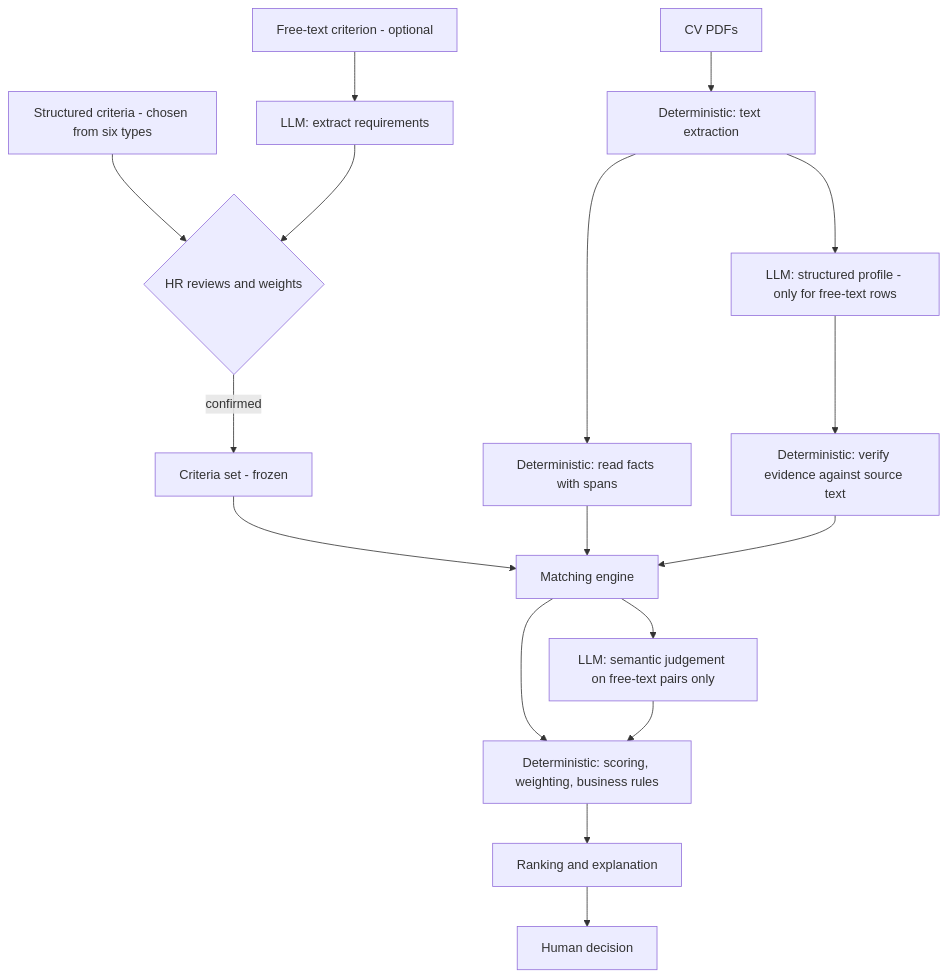
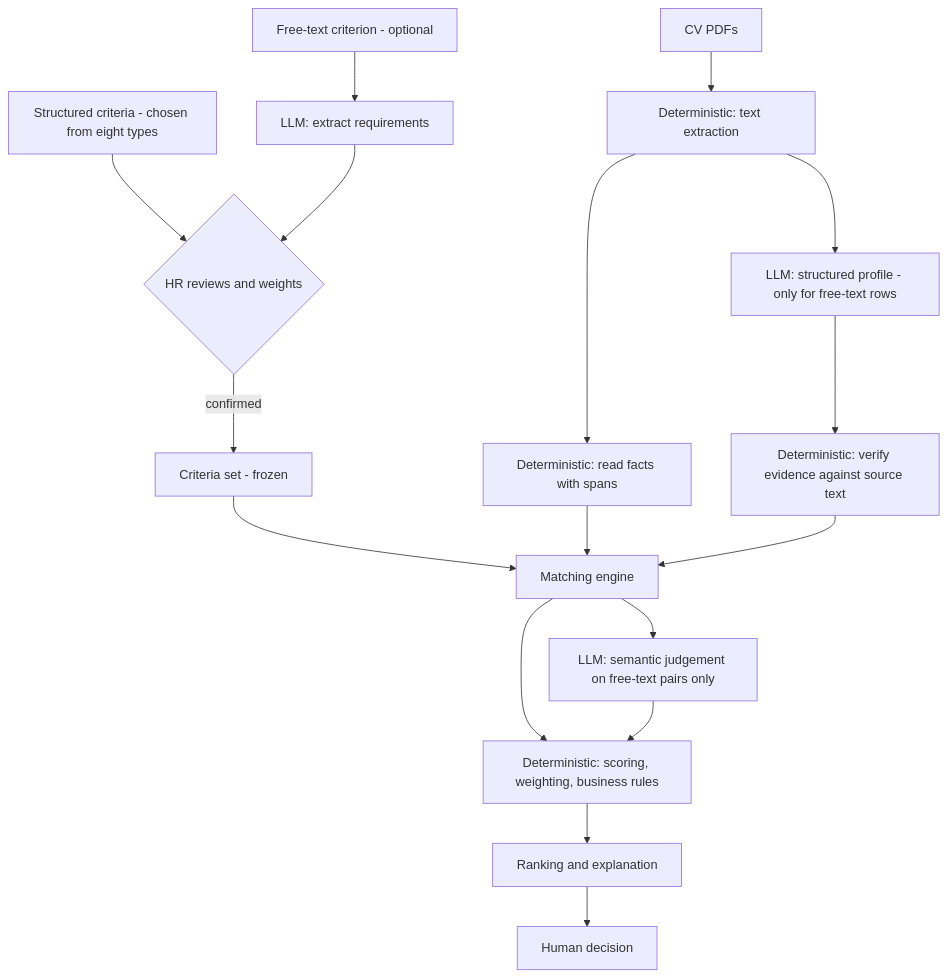
Before and after one commit to justinchristroper-arch/ai-cv-screener: the diagram in README.md, drawn with Mermaid. The commit also changed other lines of this file, not shown here.

````diff
--- a/README.md
+++ b/README.md
@@ -501,19 +198,19 @@
 ```mermaid
 flowchart TD
-    A[Structured criteria - chosen from six types] --> C{HR reviews and weights}
+    A[Structured criteria - chosen from eight types] --> C{HR reviews and weights}
     A2[Free-text criterion - optional] --> B[LLM: extract requirements]
     B --> C
     C -->|confirmed| D[Criteria set - frozen]
     E[CV PDFs] --> F[Deterministic: text extraction]
     F --> G[Deterministic: read facts with spans]
     F --> G2[LLM: structured profile - only for free-text rows]
     G2 --> H[Deterministic: verify evidence against source text]
     D --> I[Matching engine]
     G --> I
     H --> I
     I --> J[LLM: semantic judgement on free-text pairs only]
     I --> K[Deterministic: scoring, weighting, business rules]
     J --> K
     K --> L[Ranking and explanation]
     L --> M[Human decision]
 ```
````
